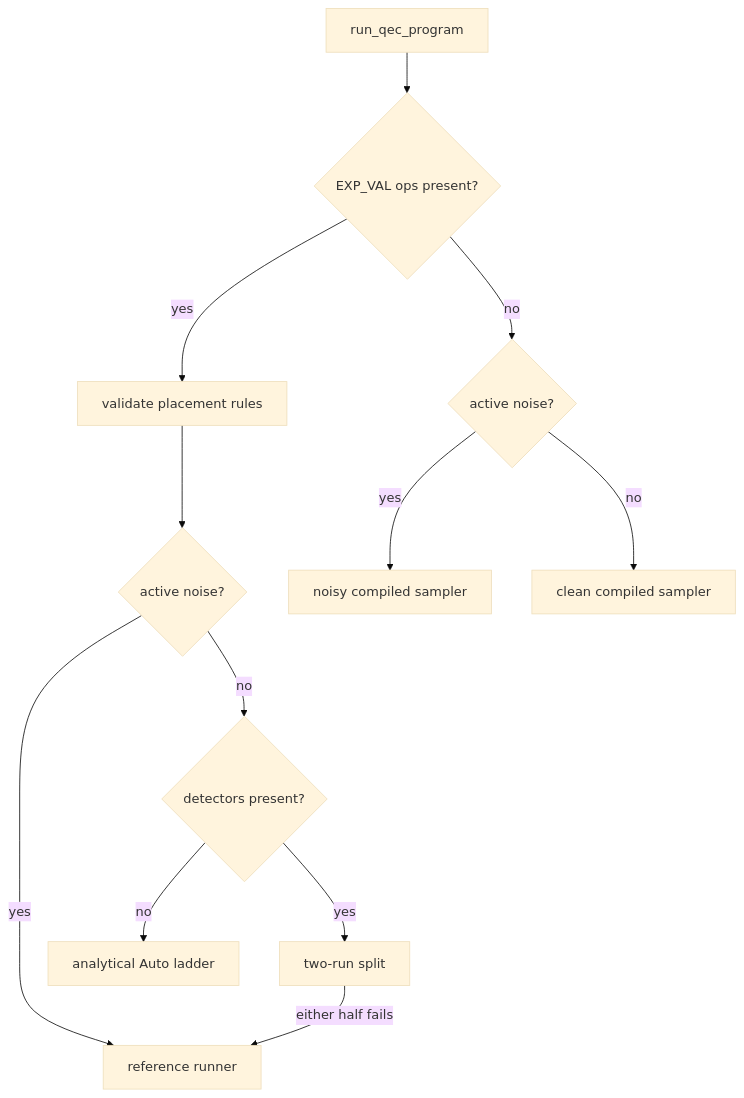
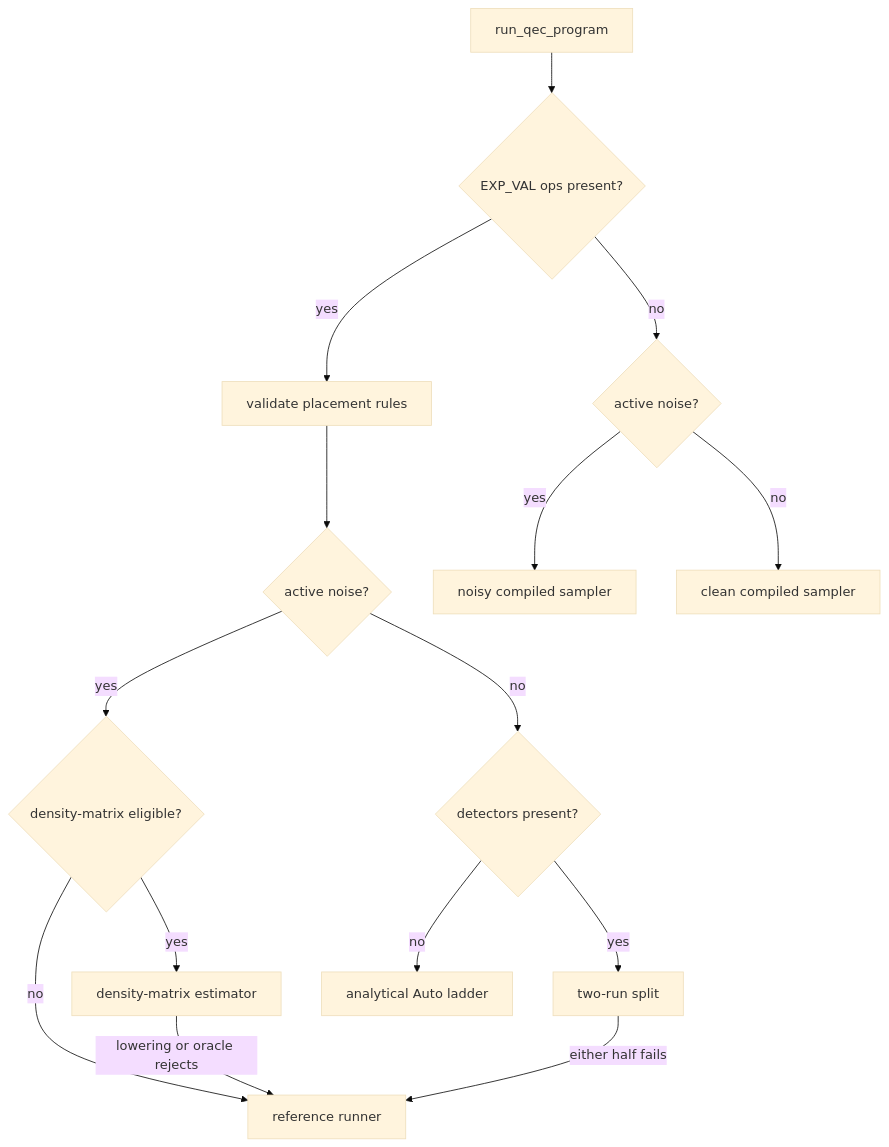
The diagram in docs/architecture/qec-programs.md (AbeCoull/prism-q), drawn with Mermaid (base theme) before and after one commit. The commit also changed other lines of this file and 22 other files, not shown here.

````diff
--- a/docs/architecture/qec-programs.md
+++ b/docs/architecture/qec-programs.md
@@ -54,14 +54,17 @@
 ```mermaid
 flowchart TD
     A[run_qec_program] --> B{EXP_VAL ops present?}
     B -- yes --> C[validate placement rules]
     C --> D{active noise?}
-    D -- yes --> R[reference runner]
+    D -- yes --> M{density-matrix eligible?}
+    M -- yes --> X[density-matrix estimator]
+    M -- no --> R[reference runner]
+    X -- lowering or oracle rejects --> R
     D -- no --> E{detectors present?}
     E -- yes --> S[two-run split]
     E -- no --> L[analytical Auto ladder]
     S -- either half fails --> R
     B -- no --> F{active noise?}
     F -- yes --> N[noisy compiled sampler]
     F -- no --> P[clean compiled sampler]
 ```
````
